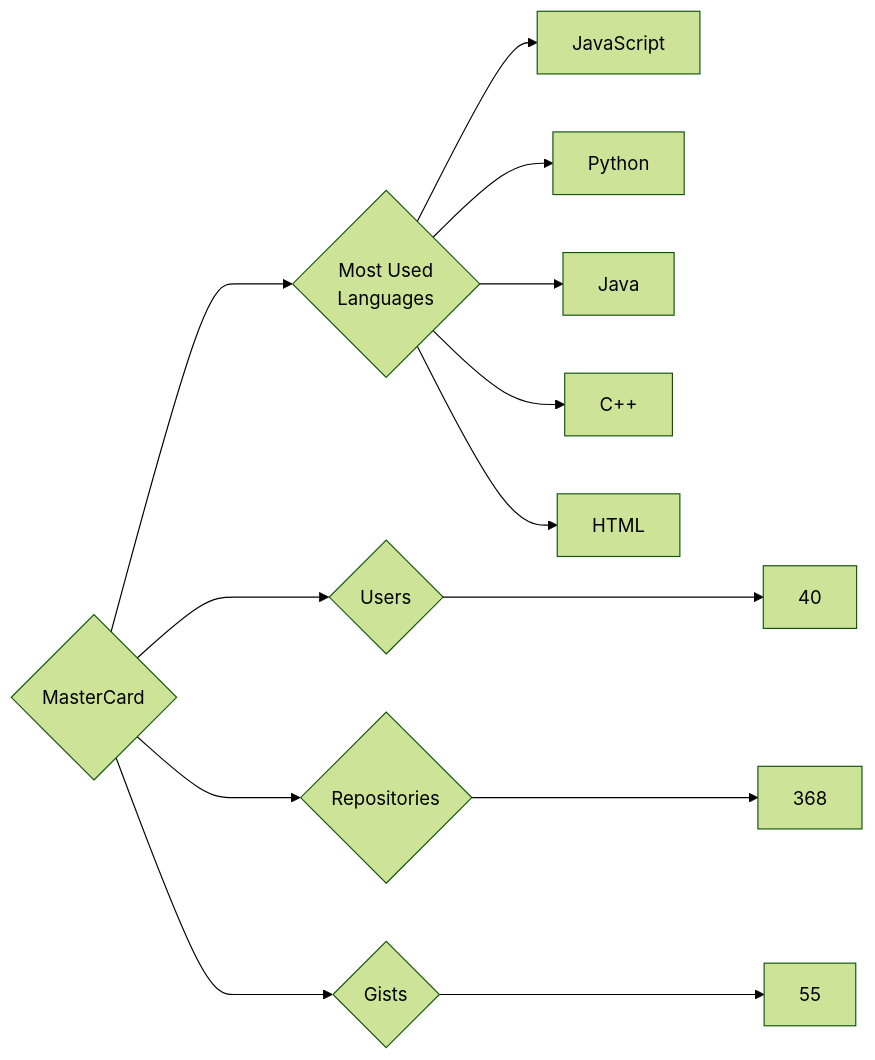
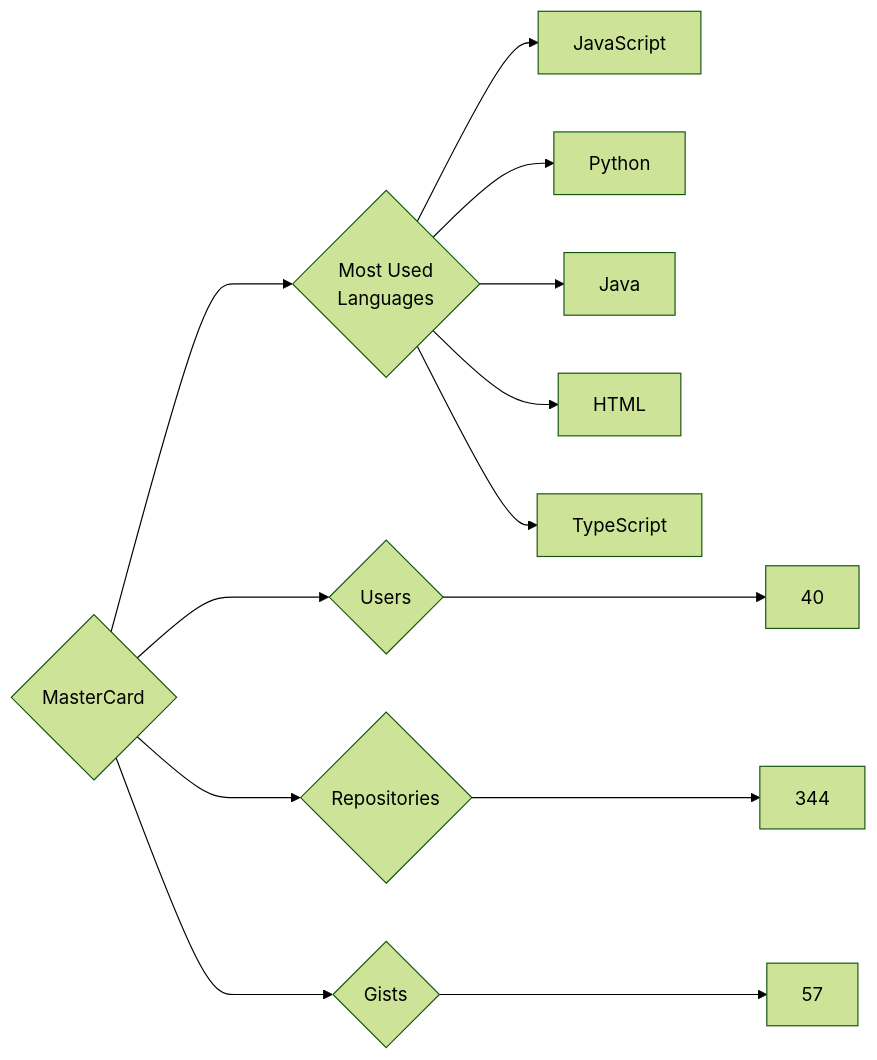
Before and after one commit to trickest/insiders: the diagram in targets/MasterCard/README.md, drawn with Mermaid (forest theme). The commit also changed 995 other files, not shown here.

````diff
--- a/targets/MasterCard/README.md
+++ b/targets/MasterCard/README.md
@@ -3,13 +3,13 @@
 ```mermaid
 graph LR
 COMPANY_NAME{MasterCard}
 COMPANY_NAME ---> U{Users} ---> UN[40]
-COMPANY_NAME ---> R{Repositories} ---> RN[368]
-COMPANY_NAME ---> G{Gists} ---> GN[55]
+COMPANY_NAME ---> R{Repositories} ---> RN[344]
+COMPANY_NAME ---> G{Gists} ---> GN[57]
 COMPANY_NAME ---> ML{Most Used<br>Languages}
 ML --> JavaScript[JavaScript]
 ML --> Python[Python]
 ML --> Java[Java]
-ML --> C++[C++]
 ML --> HTML[HTML]
+ML --> TypeScript[TypeScript]
 ```
````
